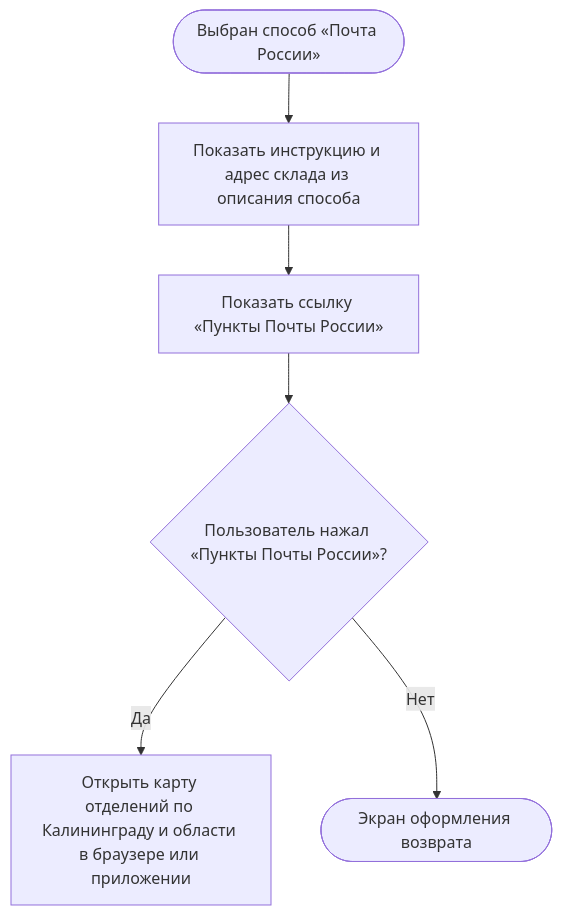
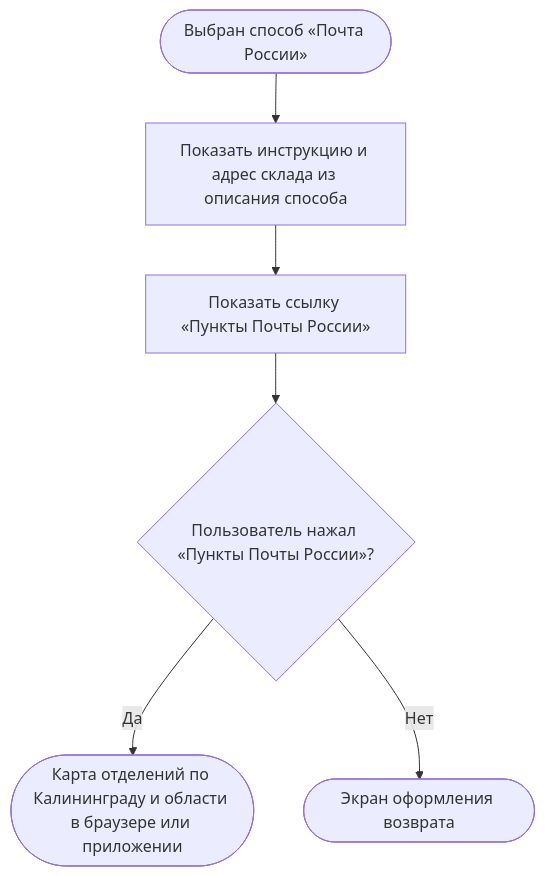
Diagram 13 of 20 in projects/returns-2.0/requirements/srs/srs-mobile-mvp_wiki.md (Terinss155/opencode-agents-analysis), drawn with Mermaid before and after one commit. The commit also changed other lines of this file and 40 other files, not shown here.

````diff
--- a/projects/returns-2.0/requirements/srs/srs-mobile-mvp_wiki.md
+++ b/projects/returns-2.0/requirements/srs/srs-mobile-mvp_wiki.md
@@ -777,8 +830,8 @@
 ```mermaid
 flowchart TD
     S([Выбран способ «Почта России»]) --> A["Показать инструкцию и адрес склада из описания способа"]
     A --> A1["Показать ссылку «Пункты Почты России»"]
     A1 --> B{"Пользователь нажал «Пункты Почты России»?"}
-    B -->|Да| B1["Открыть карту отделений по Калининграду и области в браузере или приложении"]
+    B -->|Да| B1(["Карта отделений по Калининграду и области в браузере или приложении"])
     B -->|Нет| Z([Экран оформления возврата])
 ```
````
